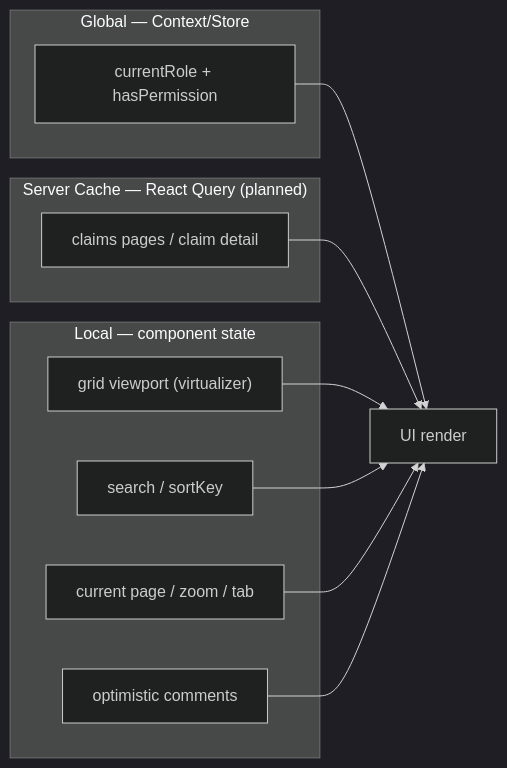
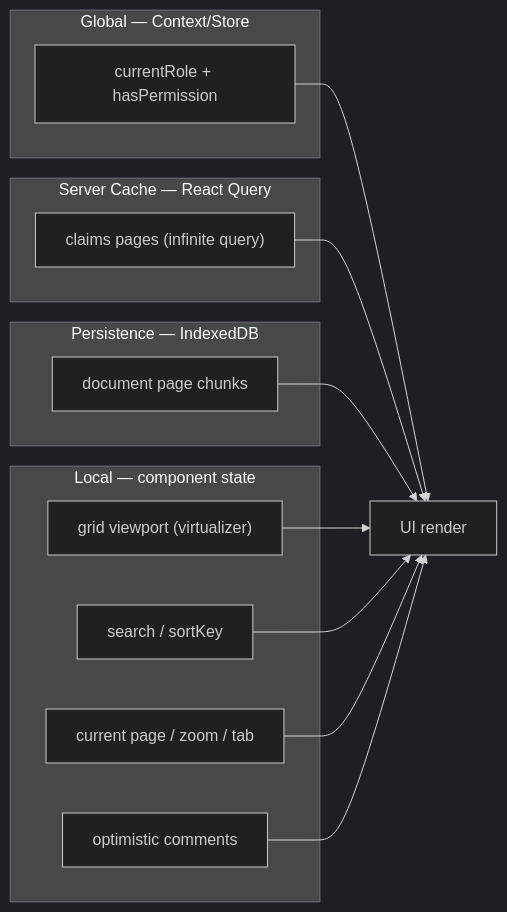
Before and after one commit to sivaramakrishnatumma/abc-insurance-claims: the fourth of 5 diagrams in docs/architecture.md, drawn with Mermaid (dark theme). The commit also changed other lines of this file and 19 other files, not shown here.

````diff
--- a/docs/architecture.md
+++ b/docs/architecture.md
@@ -88,22 +92,26 @@
 ```mermaid
 flowchart LR
   subgraph Global["Global — Context/Store"]
     R["currentRole + hasPermission"]
   end
-  subgraph Server["Server Cache — React Query (planned)"]
-    Q["claims pages / claim detail"]
+  subgraph Server["Server Cache — React Query"]
+    Q["claims pages (infinite query)"]
+  end
+  subgraph Persist["Persistence — IndexedDB"]
+    IDB["document page chunks"]
   end
   subgraph Local["Local — component state"]
     V["grid viewport (virtualizer)"]
     S["search / sortKey"]
     P["current page / zoom / tab"]
     O["optimistic comments"]
   end
 
   R --> UI[UI render]
   Q --> UI
+  IDB --> UI
   V --> UI
   S --> UI
   P --> UI
   O --> UI
 ```
````
